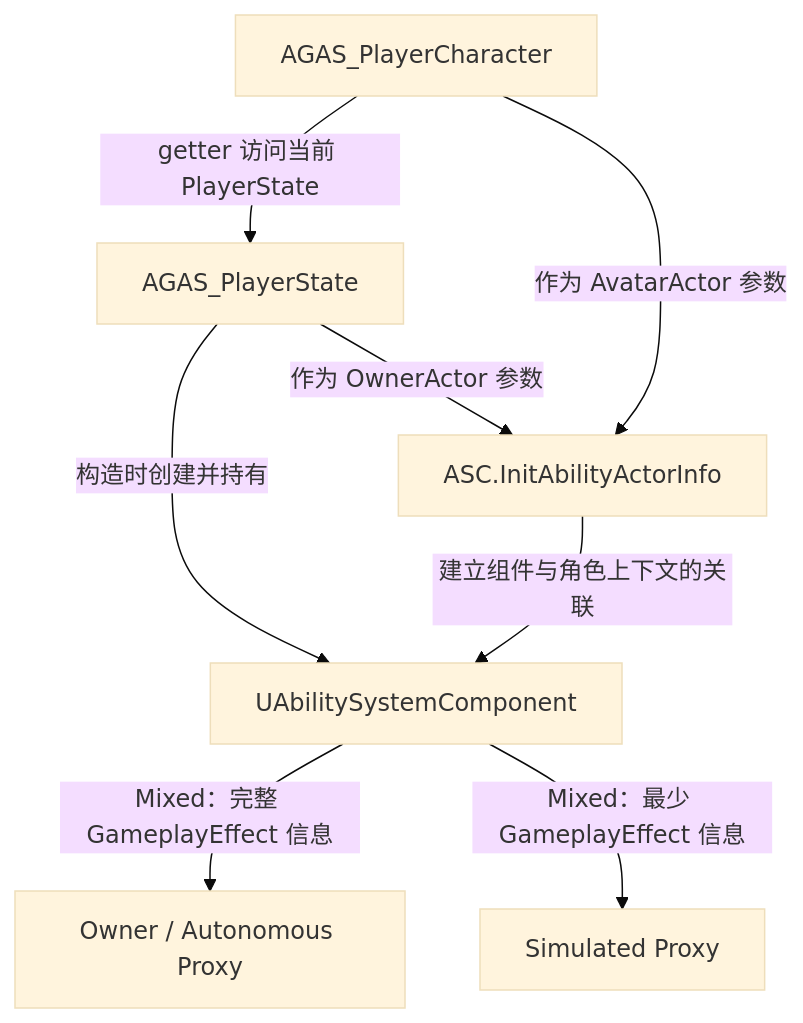
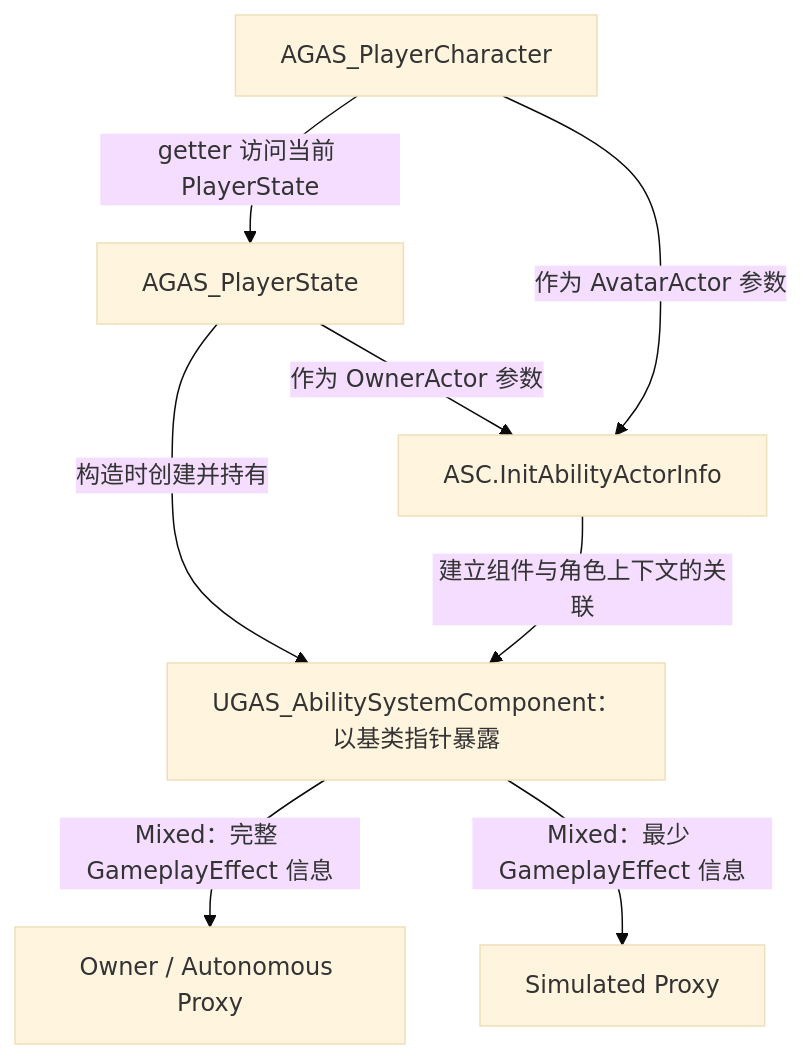
One commit to xue1ong/GAS_StudyNotes changed the diagram in Player/PlayerState.md. Above: the diagram before and after it, drawn with Mermaid (base theme). The commit also changed other lines of this file and 10 other files, not shown here.

````diff
--- a/Player/PlayerState.md
+++ b/Player/PlayerState.md
@@ -45,10 +47,10 @@
 ```mermaid
 flowchart TD
-    state["AGAS_PlayerState"] -->|"构造时创建并持有"| asc["UAbilitySystemComponent"]
+    state["AGAS_PlayerState"] -->|"构造时创建并持有"| asc["UGAS_AbilitySystemComponent：以基类指针暴露"]
     state -->|"作为 OwnerActor 参数"| info["ASC.InitAbilityActorInfo"]
     character["AGAS_PlayerCharacter"] -->|"作为 AvatarActor 参数"| info
     character -->|"getter 访问当前 PlayerState"| state
     info -->|"建立组件与角色上下文的关联"| asc
     asc -->|"Mixed：完整 GameplayEffect 信息"| owner["Owner / Autonomous Proxy"]
     asc -->|"Mixed：最少 GameplayEffect 信息"| proxy["Simulated Proxy"]
 ```
````
